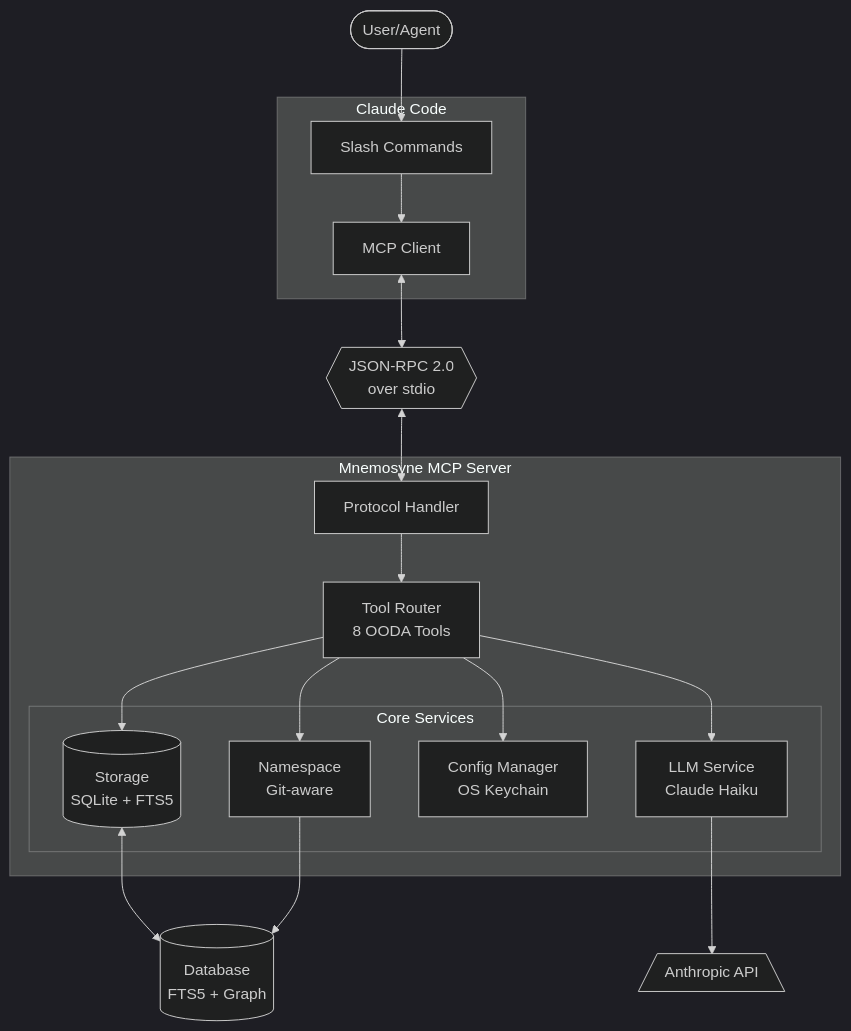
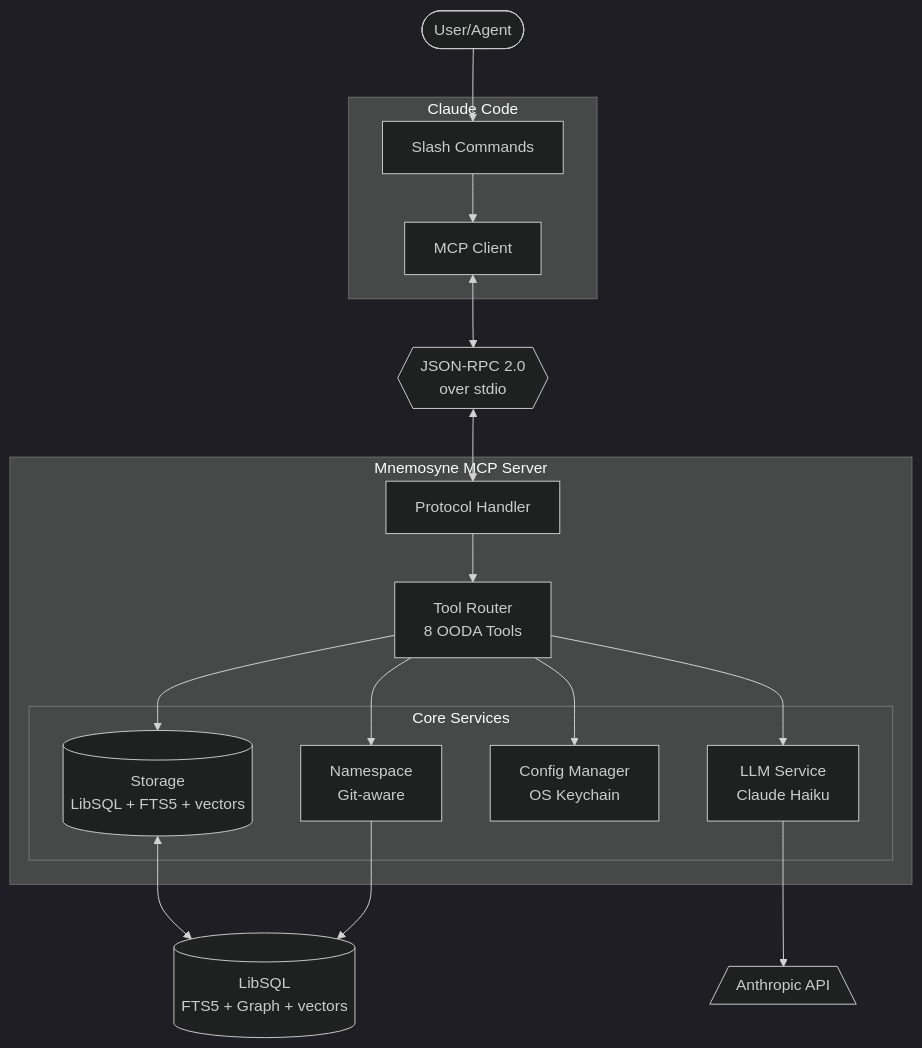
Before and after one commit to juanmackie/mnemosyne-hermes: the diagram in MCP_SERVER.md, drawn with Mermaid (dark theme). The commit also changed other lines of this file and 4 other files, not shown here.

````diff
--- a/MCP_SERVER.md
+++ b/MCP_SERVER.md
@@ -399,41 +399,41 @@
 ```mermaid
 flowchart TD
     User([User/Agent])
 
     subgraph Claude["Claude Code"]
         UI[Slash Commands]
         Client[MCP Client]
     end
 
     Protocol{{JSON-RPC 2.0<br/>over stdio}}
 
     subgraph Server["Mnemosyne MCP Server"]
         Handler[Protocol Handler]
         Router[Tool Router<br/>8 OODA Tools]
 
         subgraph Services["Core Services"]
-            Storage[(Storage<br/>SQLite + FTS5)]
+            Storage[(Storage<br/>LibSQL + FTS5 + vectors)]
             LLM[LLM Service<br/>Claude Haiku]
             Config[Config Manager<br/>OS Keychain]
             NS[Namespace<br/>Git-aware]
         end
     end
 
     API[/Anthropic API\]
-    DB[(Database<br/>FTS5 + Graph)]
+    DB[(LibSQL<br/>FTS5 + Graph + vectors)]
 
     User --> UI
     UI --> Client
     Client <--> Protocol
     Protocol <--> Handler
     Handler --> Router
 
     Router --> Storage
     Router --> LLM
     Router --> Config
     Router --> NS
 
     Storage <--> DB
     LLM --> API
     NS --> DB
 ```
````
